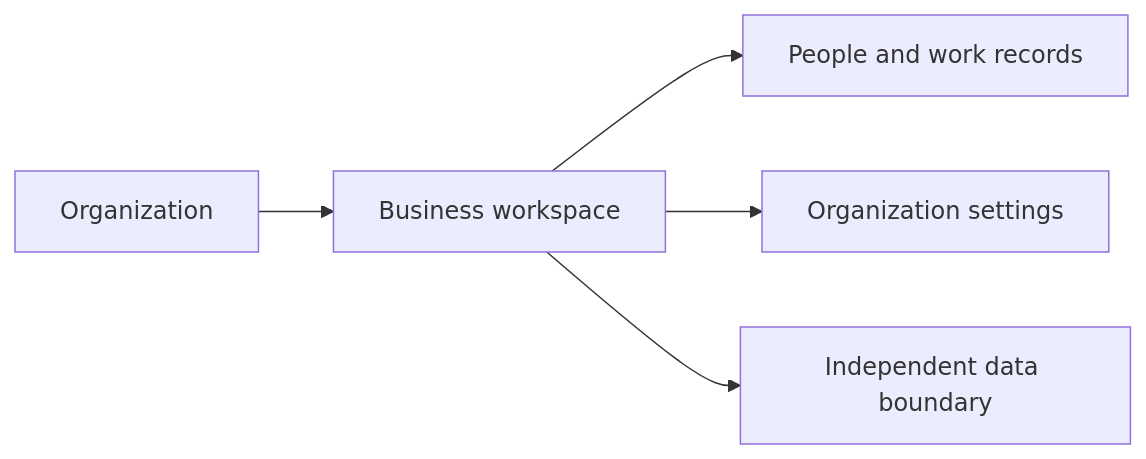
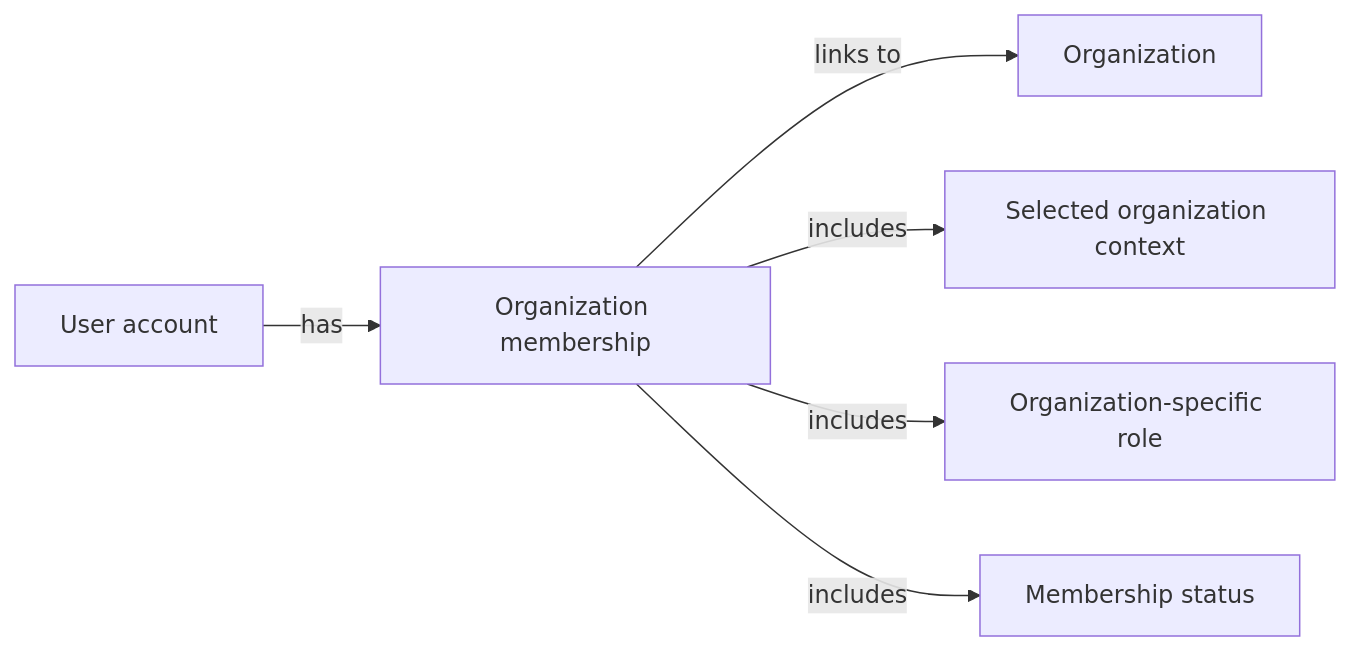
One commit to wrtnlabs/autobe-examples changed the first of 19 diagrams in openai/gpt-5.4-mini/erp/docs/analysis/02-domain-model.md. Above: the diagram before and after it, drawn with Mermaid. The commit also changed other lines of this file and 9017 other files, not shown here.

````diff
--- a/openai/gpt-5.4-mini/erp/docs/analysis/02-domain-model.md
+++ b/openai/gpt-5.4-mini/erp/docs/analysis/02-domain-model.md
@@ -19,7 +104,8 @@
 ```mermaid
 flowchart LR
-    A["Organization"] --> B["Business workspace"]
-    B --> C["People and work records"]
-    B --> D["Organization settings"]
-    B --> E["Independent data boundary"]
+    A["User account"] -->|"has"| B["Organization membership"]
+    B -->|"links to"| C["Organization"]
+    B -->|"includes"| D["Selected organization context"]
+    B -->|"includes"| E["Organization-specific role"]
+    B -->|"includes"| F["Membership status"]
 ```
````
